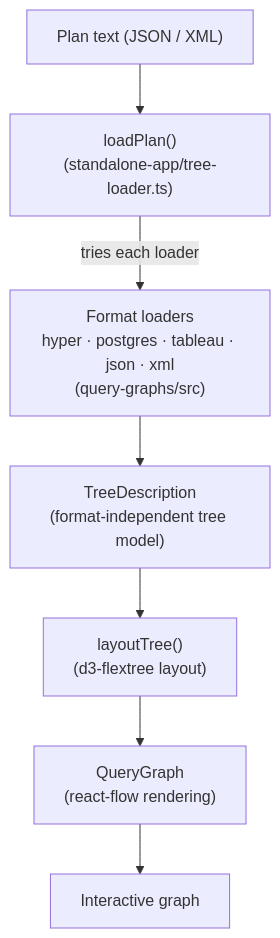
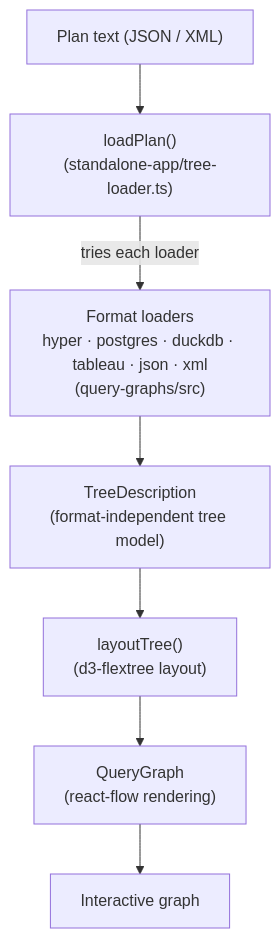
The diagram in docs/Architecture.md (tableau/query-graphs), drawn with Mermaid before and after one commit. The commit also changed other lines of this file and 3 other files, not shown here.

````diff
--- a/docs/Architecture.md
+++ b/docs/Architecture.md
@@ -28,9 +28,9 @@
 ```mermaid
 flowchart TD
     text["Plan text (JSON / XML)"] --> dispatch["loadPlan()<br/>(standalone-app/tree-loader.ts)"]
-    dispatch -->|tries each loader| loaders["Format loaders<br/>hyper · postgres · tableau · json · xml<br/>(query-graphs/src)"]
+    dispatch -->|tries each loader| loaders["Format loaders<br/>hyper · postgres · duckdb · tableau · json · xml<br/>(query-graphs/src)"]
     loaders --> td["TreeDescription<br/>(format-independent tree model)"]
     td --> layout["layoutTree()<br/>(d3-flextree layout)"]
     layout --> render["QueryGraph<br/>(react-flow rendering)"]
     render --> ui["Interactive graph"]
 ```
````
